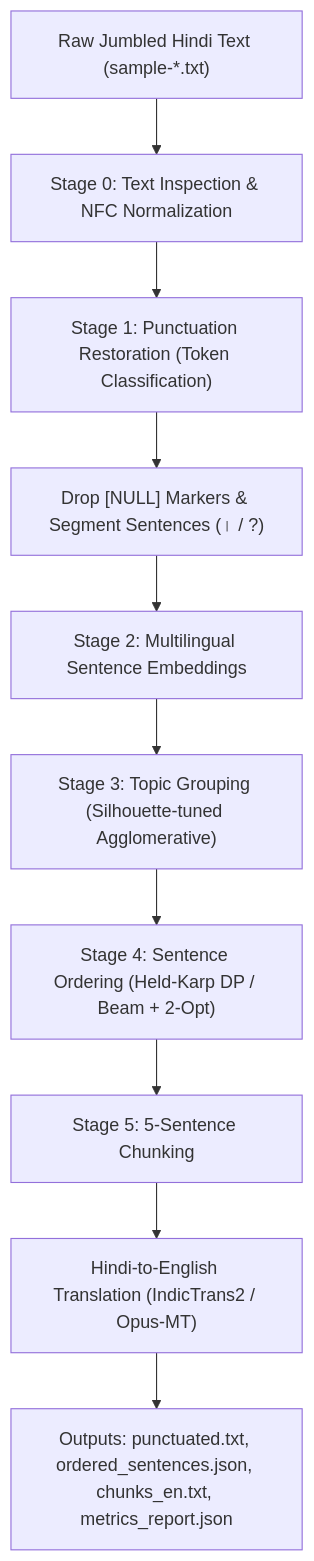
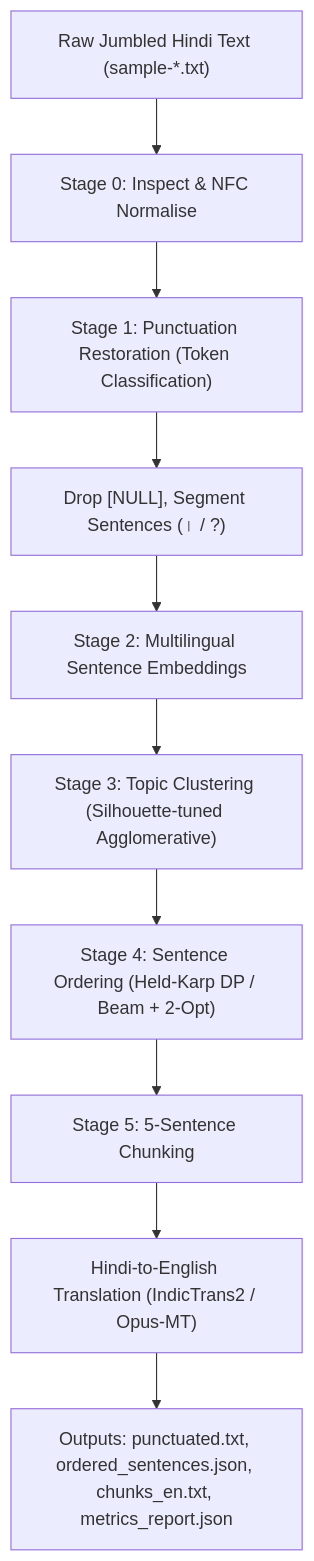
The diagram in README.md (u25ai105-krishna/hindi-punct-order-translateNLP), drawn with Mermaid before and after one commit. The commit also changed other lines of this file, not shown here.

````diff
--- a/README.md
+++ b/README.md
@@ -26,12 +32,12 @@
 ```mermaid
 flowchart TD
-    Raw["Raw Jumbled Hindi Text (sample-*.txt)"] --> Inspect["Stage 0: Text Inspection & NFC Normalization"]
+    Raw["Raw Jumbled Hindi Text (sample-*.txt)"] --> Inspect["Stage 0: Inspect & NFC Normalise"]
     Inspect --> Punct["Stage 1: Punctuation Restoration (Token Classification)"]
-    Punct --> Clean["Drop [NULL] Markers & Segment Sentences (। / ?)"]
+    Punct --> Clean["Drop [NULL], Segment Sentences (। / ?)"]
     Clean --> Emb["Stage 2: Multilingual Sentence Embeddings"]
-    Emb --> Cluster["Stage 3: Topic Grouping (Silhouette-tuned Agglomerative)"]
+    Emb --> Cluster["Stage 3: Topic Clustering (Silhouette-tuned Agglomerative)"]
     Cluster --> Order["Stage 4: Sentence Ordering (Held-Karp DP / Beam + 2-Opt)"]
     Order --> Chunk["Stage 5: 5-Sentence Chunking"]
     Chunk --> Trans["Hindi-to-English Translation (IndicTrans2 / Opus-MT)"]
-    Trans --> Outputs["Outputs: punctuated.txt, ordered_sentences.json, chunks_en.txt, metrics_report.json"]
+    Trans --> Out["Outputs: punctuated.txt, ordered_sentences.json, chunks_en.txt, metrics_report.json"]
 ```
````
